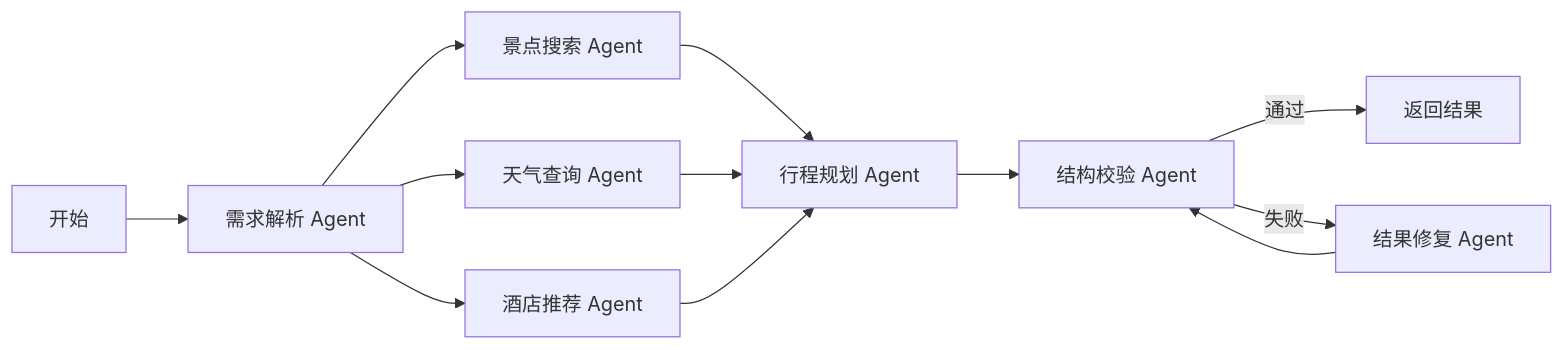
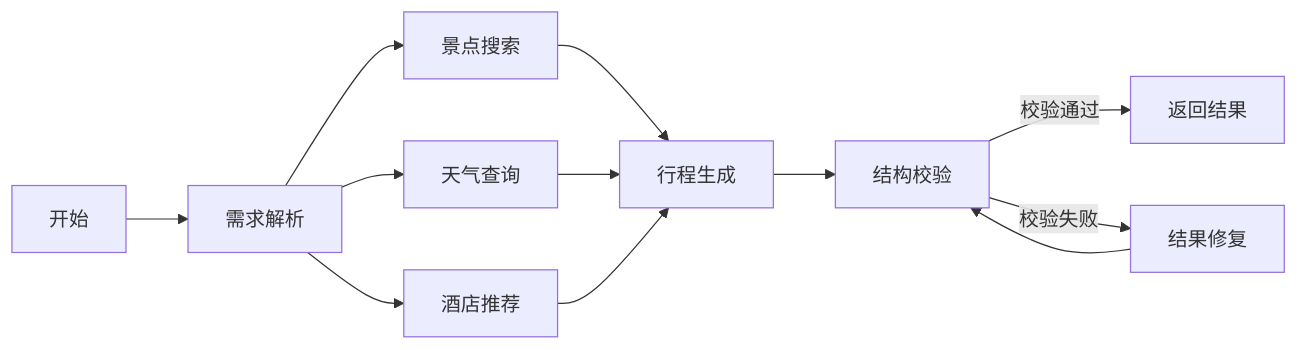
One commit to yirundong/tripmind-intelligent-trip-planner changed the second of 4 diagrams in docs/ARCHITECTURE.md. Above: the diagram before and after it, drawn with Mermaid. The commit also changed other lines of this file and 4 other files, not shown here.

````diff
--- a/docs/ARCHITECTURE.md
+++ b/docs/ARCHITECTURE.md
@@ -50,14 +81,14 @@
 ```mermaid
 flowchart LR
-  Start["开始"] --> Normalize["需求解析 Agent"]
-  Normalize --> Attraction["景点搜索 Agent"]
-  Normalize --> Weather["天气查询 Agent"]
-  Normalize --> Hotel["酒店推荐 Agent"]
-  Attraction --> Plan["行程规划 Agent"]
-  Weather --> Plan
-  Hotel --> Plan
-  Plan --> Validate["结构校验 Agent"]
-  Validate -->|通过| End["返回结果"]
-  Validate -->|失败| Repair["结果修复 Agent"]
-  Repair --> Validate
+  startNode["开始"] --> normalize["需求解析"]
+  normalize --> attraction["景点搜索"]
+  normalize --> weather["天气查询"]
+  normalize --> hotel["酒店推荐"]
+  attraction --> planner["行程生成"]
+  weather --> planner
+  hotel --> planner
+  planner --> validate["结构校验"]
+  validate -->|"校验通过"| finishNode["返回结果"]
+  validate -->|"校验失败"| repair["结果修复"]
+  repair --> validate
 ```
````
